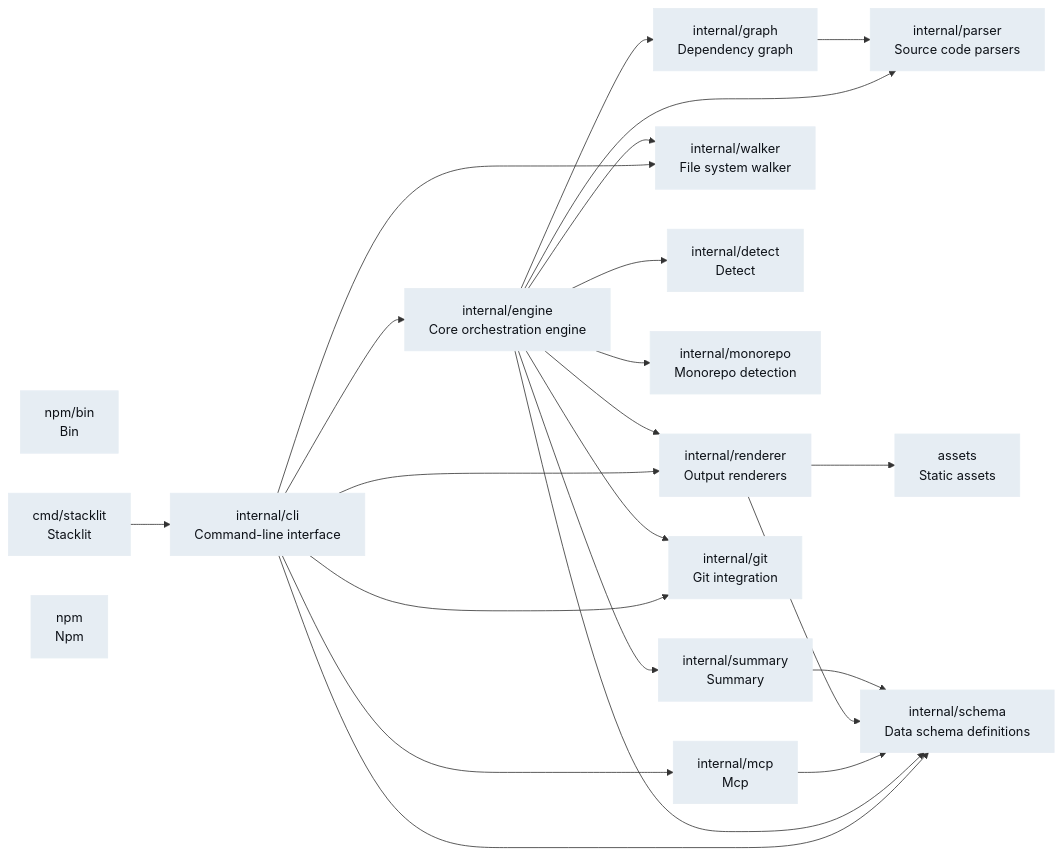
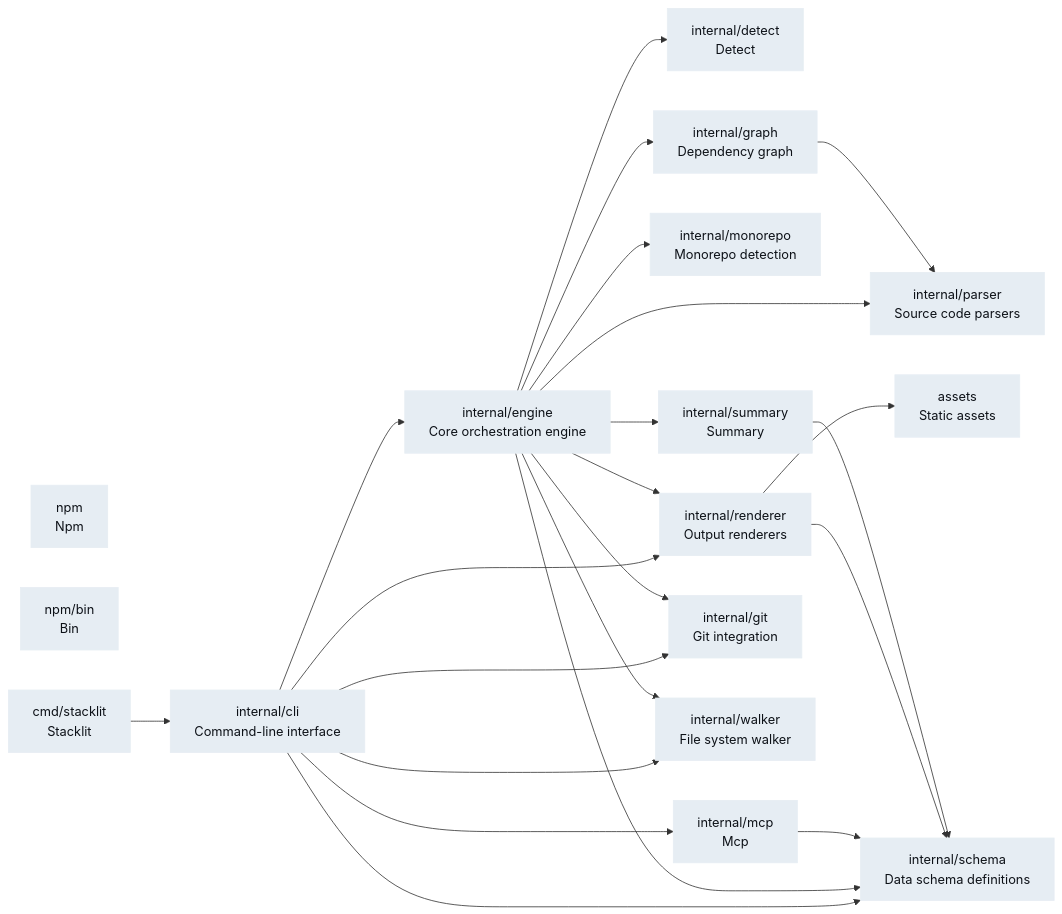
Before and after one commit to atharvasingh7007/stacklit: the diagram in stacklit.mmd, drawn with Mermaid. The commit also changed 1 other file, not shown here.

```diff
--- a/stacklit.mmd
+++ b/stacklit.mmd
@@ -1,42 +1,44 @@
 graph LR
+  classDef rust fill:#a5b3bf,color:#0d1117,stroke:#a5b3bf
   classDef go fill:#e6edf3,color:#0d1117,stroke:#e6edf3
   classDef javascript fill:#c9d1d9,color:#0d1117,stroke:#c9d1d9
+  classDef java fill:#8b949e,color:#0d1117,stroke:#8b949e
   classDef typescript fill:#c9d1d9,color:#0d1117,stroke:#c9d1d9
   classDef python fill:#b1bac4,color:#0d1117,stroke:#b1bac4
+  internal_detect["internal/detect\nDetect"]:::go
   internal_parser["internal/parser\nSource code parsers"]:::go
+  npm["npm\nNpm"]:::go
+  assets["assets\nStatic assets"]:::go
+  internal_cli["internal/cli\nCommand-line interface"]:::go
+  internal_mcp["internal/mcp\nMcp"]:::go
+  internal_monorepo["internal/monorepo\nMonorepo detection"]:::go
+  internal_schema["internal/schema\nData schema definitions"]:::go
+  internal_engine["internal/engine\nCore orchestration engine"]:::go
+  internal_graph["internal/graph\nDependency graph"]:::go
+  internal_renderer["internal/renderer\nOutput renderers"]:::go
+  internal_summary["internal/summary\nSummary"]:::go
   npm_bin["npm/bin\nBin"]:::go
   cmd_stacklit["cmd/stacklit\nStacklit"]:::go
-  internal_mcp["internal/mcp\nMcp"]:::go
-  internal_summary["internal/summary\nSummary"]:::go
+  internal_git["internal/git\nGit integration"]:::go
   internal_walker["internal/walker\nFile system walker"]:::go
-  internal_detect["internal/detect\nDetect"]:::go
-  internal_engine["internal/engine\nCore orchestration engine"]:::go
-  internal_monorepo["internal/monorepo\nMonorepo detection"]:::go
-  internal_renderer["internal/renderer\nOutput renderers"]:::go
-  npm["npm\nNpm"]:::go
-  assets["assets\nStatic assets"]:::go
-  internal_schema["internal/schema\nData schema definitions"]:::go
-  internal_cli["internal/cli\nCommand-line interface"]:::go
-  internal_git["internal/git\nGit integration"]:::go
-  internal_graph["internal/graph\nDependency graph"]:::go
   cmd_stacklit --> internal_cli
   internal_cli --> internal_engine
   internal_cli --> internal_git
   internal_cli --> internal_mcp
   internal_cli --> internal_renderer
   internal_cli --> internal_schema
   internal_cli --> internal_walker
   internal_engine --> internal_detect
   internal_engine --> internal_git
   internal_engine --> internal_graph
   internal_engine --> internal_monorepo
   internal_engine --> internal_parser
   internal_engine --> internal_renderer
   internal_engine --> internal_schema
   internal_engine --> internal_summary
   internal_engine --> internal_walker
   internal_graph --> internal_parser
   internal_mcp --> internal_schema
   internal_renderer --> assets
   internal_renderer --> internal_schema
   internal_summary --> internal_schema
```
